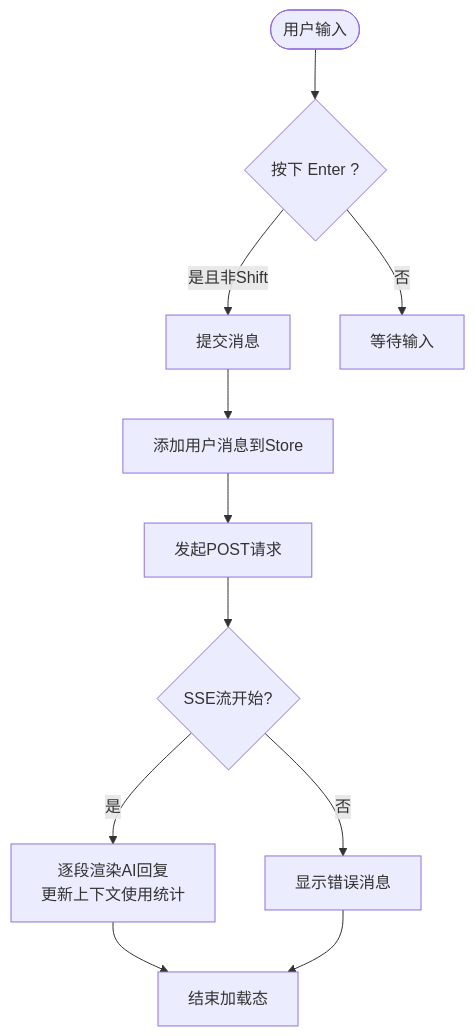
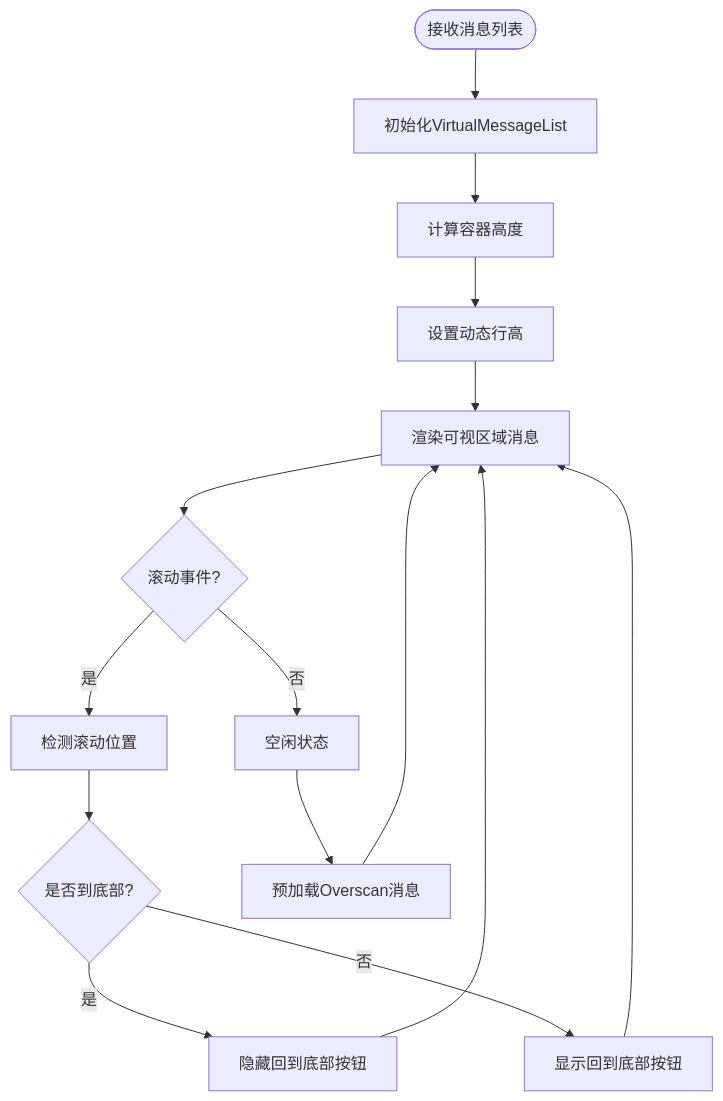
The third of 5 diagrams in .qoder/repowiki/zh/content/前端应用架构/UI组件库/AI助手组件.md (KunLabAI/KunFlix), drawn with Mermaid before and after one commit. The commit also changed other lines of this file and 8 other files, not shown here.

````diff
--- a/.qoder/repowiki/zh/content/前端应用架构/UI组件库/AI助手组件.md
+++ b/.qoder/repowiki/zh/content/前端应用架构/UI组件库/AI助手组件.md
@@ -338,13 +212,17 @@
 ```mermaid
 flowchart TD
-Start(["用户输入"]) --> Enter{"按下 Enter ?"}
-Enter --> |是且非Shift| Submit["提交消息"]
-Enter --> |否| Wait["等待输入"]
-Submit --> AddUserMsg["添加用户消息到Store"]
-AddUserMsg --> Fetch["发起POST请求"]
-Fetch --> Stream{"SSE流开始?"}
-Stream --> |是| Render["逐段渲染AI回复<br/>更新上下文使用统计"]
-Stream --> |否| Error["显示错误消息"]
-Render --> Done["结束加载态"]
-Error --> Done
+Start(["接收消息列表"]) --> Init["初始化VirtualMessageList"]
+Init --> Height["计算容器高度"]
+Height --> DynamicRow["设置动态行高"]
+DynamicRow --> Render["渲染可视区域消息"]
+Render --> Scroll{"滚动事件?"}
+Scroll --> |是| Detect["检测滚动位置"]
+Detect --> Bottom{"是否到底部?"}
+Bottom --> |是| Hide["隐藏回到底部按钮"]
+Bottom --> |否| Show["显示回到底部按钮"]
+Scroll --> |否| Idle["空闲状态"]
+Idle --> Preload["预加载Overscan消息"]
+Preload --> Render
+Hide --> Render
+Show --> Render
 ```
````
